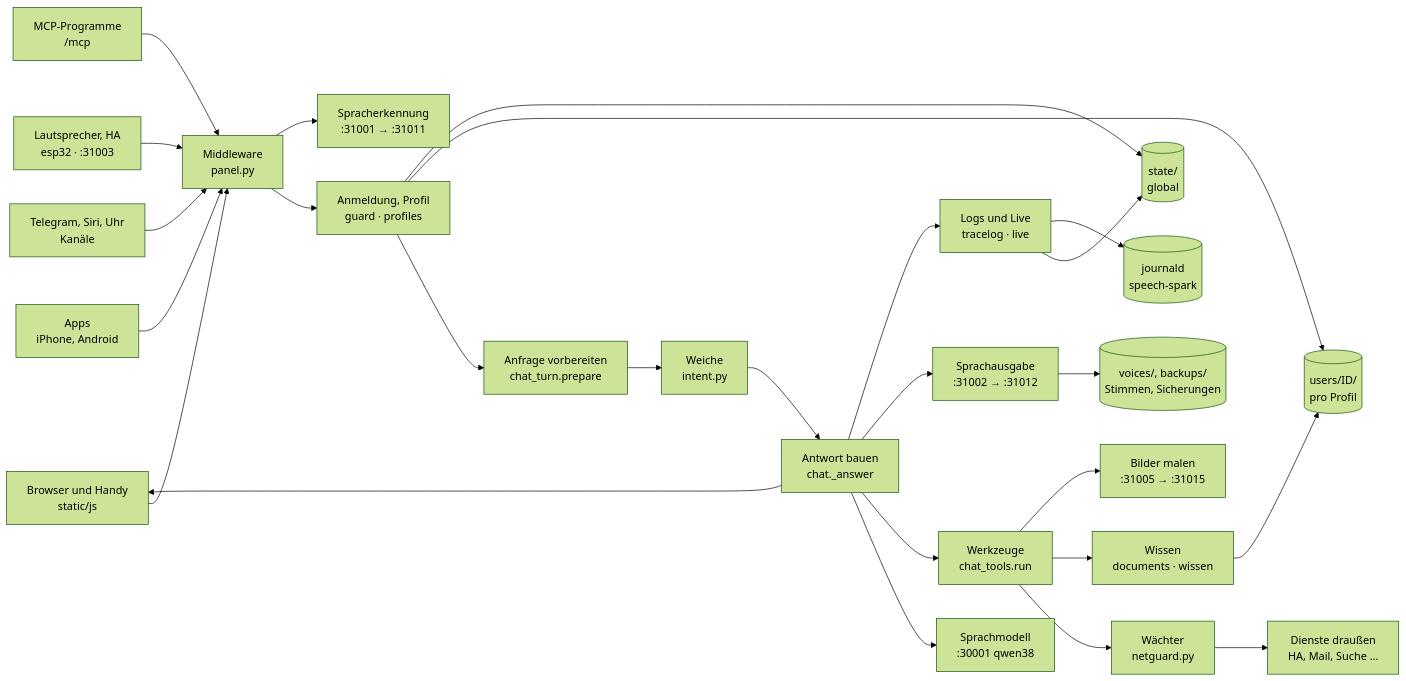
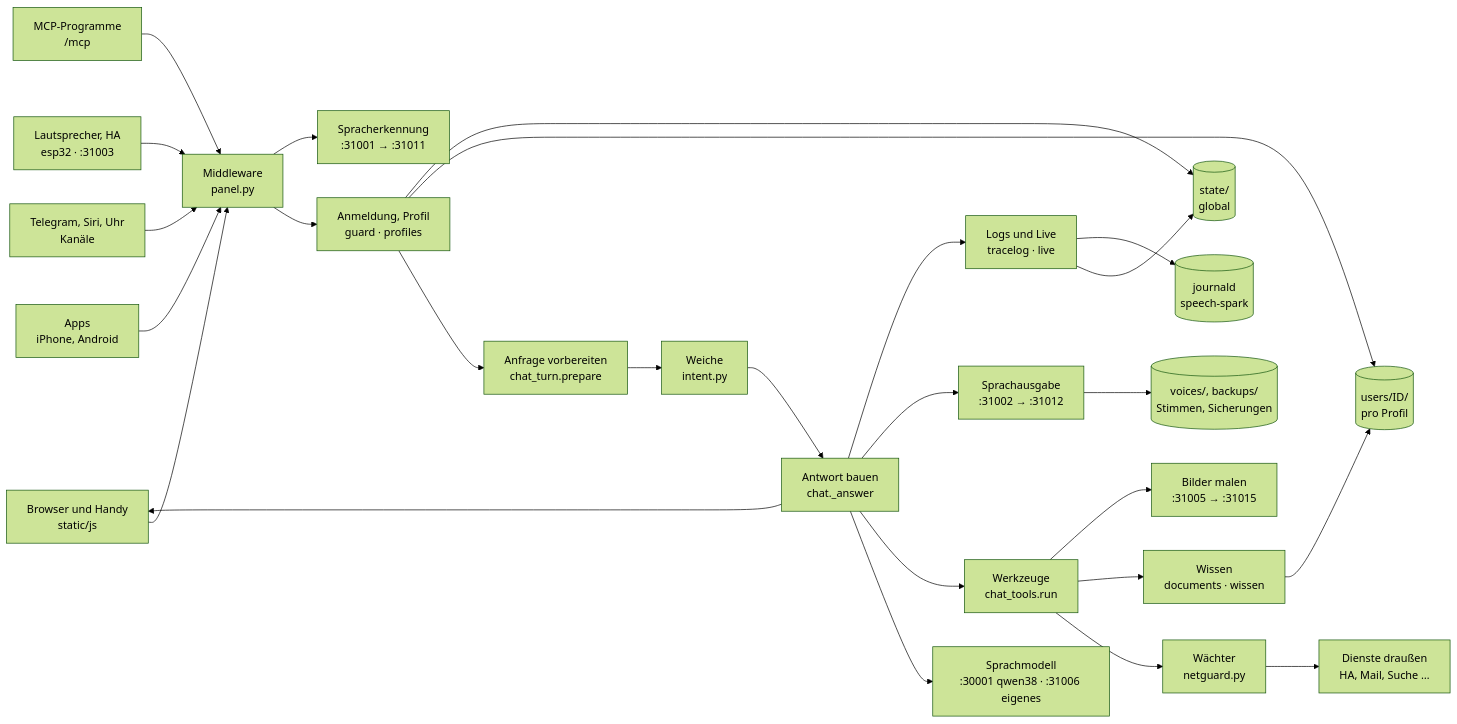
One commit to db9979/speech-on-dgx-spark changed the first of 24 diagrams in docs/de/architektur.md. Above: the diagram before and after it, drawn with Mermaid (forest theme). The commit also changed other lines of this file and 33 other files, not shown here.

First line of the commit message:
V01.0.590 Eigene Modelle Stufe E2: LLM-Tor und eigenes vLLM vorbereitet, Kolibri-1 im Katalog

````diff
--- a/docs/de/architektur.md
+++ b/docs/de/architektur.md
@@ -14,51 +14,51 @@
 ```mermaid
 flowchart LR
   geraet["Browser und Handy<br/>static/js"]
   apps["Apps<br/>iPhone, Android"]
   kanaele["Telegram, Siri, Uhr<br/>Kanäle"]
   lautsprecher["Lautsprecher, HA<br/>esp32 · :31003"]
   mcpc["MCP-Programme<br/>/mcp"]
   middleware["Middleware<br/>panel.py"]
   zugang["Anmeldung, Profil<br/>guard · profiles"]
   vorbereiten["Anfrage vorbereiten<br/>chat_turn.prepare"]
   weiche["Weiche<br/>intent.py"]
   antwort["Antwort bauen<br/>chat._answer"]
   werkzeuge["Werkzeuge<br/>chat_tools.run"]
   wissen["Wissen<br/>documents · wissen"]
   waechter["Wächter<br/>netguard.py"]
   betrieb["Logs und Live<br/>tracelog · live"]
-  llm["Sprachmodell<br/>:30001 qwen38"]
+  llm["Sprachmodell<br/>:30001 qwen38 · :31006 eigenes"]
   asr["Spracherkennung<br/>:31001 → :31011"]
   tts["Sprachausgabe<br/>:31002 → :31012"]
   bild["Bilder malen<br/>:31005 → :31015"]
   aussen["Dienste draußen<br/>HA, Mail, Suche …"]
   state[("state/<br/>global")]
   users[("users/ID/<br/>pro Profil")]
   ablage[("voices/, backups/<br/>Stimmen, Sicherungen")]
   journal[("journald<br/>speech-spark")]
   geraet --> middleware
   apps --> middleware
   kanaele --> middleware
   lautsprecher --> middleware
   mcpc --> middleware
   middleware --> zugang
   middleware --> asr
   zugang --> vorbereiten
   vorbereiten --> weiche
   weiche --> antwort
   antwort --> llm
   antwort --> werkzeuge
   werkzeuge --> waechter
   waechter --> aussen
   werkzeuge --> wissen
   antwort --> tts
   werkzeuge --> bild
   antwort --> geraet
   antwort --> betrieb
   betrieb --> state
   betrieb --> journal
   wissen --> users
   zugang --> users
   zugang --> state
   tts --> ablage
 ```
````
